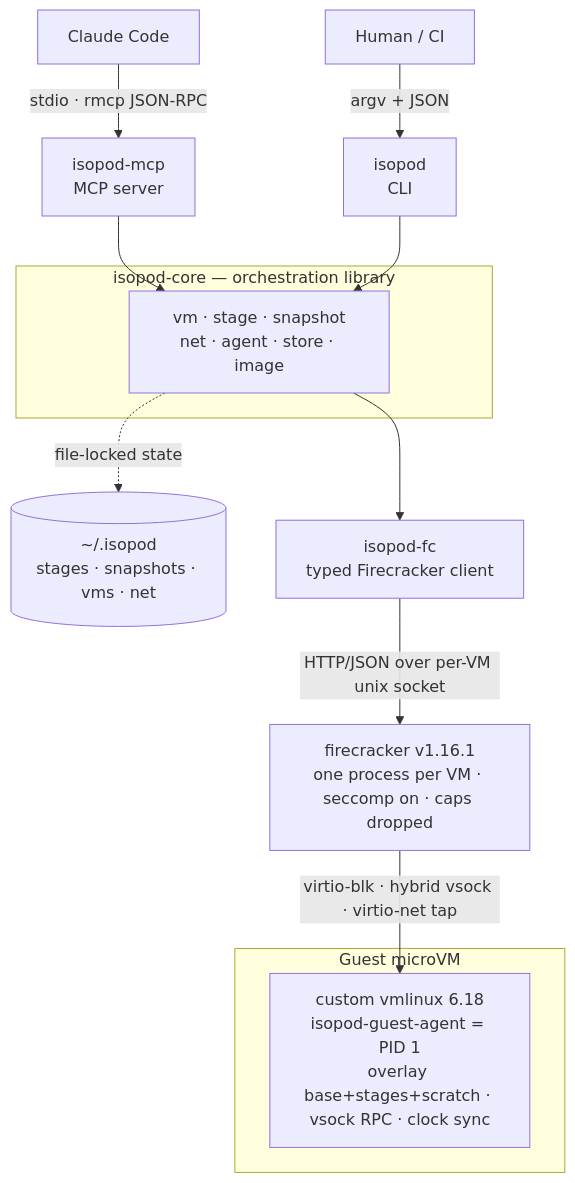
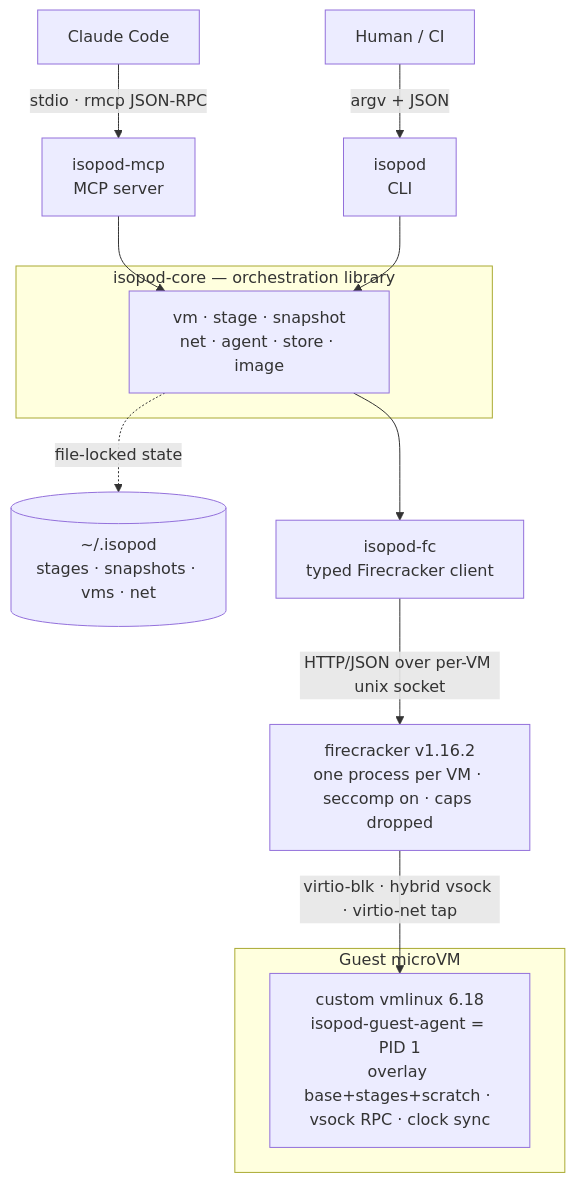
One commit to me1iissa/isopod changed the first of 6 diagrams in README.md. Above: the diagram before and after it, drawn with Mermaid. The commit also changed other lines of this file and 20 other files, not shown here.

````diff
--- a/README.md
+++ b/README.md
@@ -145,17 +145,17 @@
 ```mermaid
 flowchart TB
     CC["Claude Code"] -->|"stdio · rmcp JSON-RPC"| MCP["isopod-mcp<br/>MCP server"]
     HUMAN["Human / CI"] -->|"argv + JSON"| CLI["isopod<br/>CLI"]
     MCP --> CORE
     CLI --> CORE
     subgraph CORE_BOX["isopod-core — orchestration library"]
         CORE["vm · stage · snapshot<br/>net · agent · store · image"]
     end
     CORE -.->|"file-locked state"| STATE[("~/.isopod<br/>stages · snapshots · vms · net")]
     CORE --> FCLIB["isopod-fc<br/>typed Firecracker client"]
-    FCLIB -->|"HTTP/JSON over per-VM unix socket"| FCVMM["firecracker v1.16.1<br/>one process per VM · seccomp on · caps dropped"]
+    FCLIB -->|"HTTP/JSON over per-VM unix socket"| FCVMM["firecracker v1.16.2<br/>one process per VM · seccomp on · caps dropped"]
     FCVMM -->|"virtio-blk · hybrid vsock · virtio-net tap"| GUEST
     subgraph GUEST_BOX["Guest microVM"]
         GUEST["custom vmlinux 6.18<br/>isopod-guest-agent = PID 1<br/>overlay base+stages+scratch · vsock RPC · clock sync"]
     end
 ```
````
